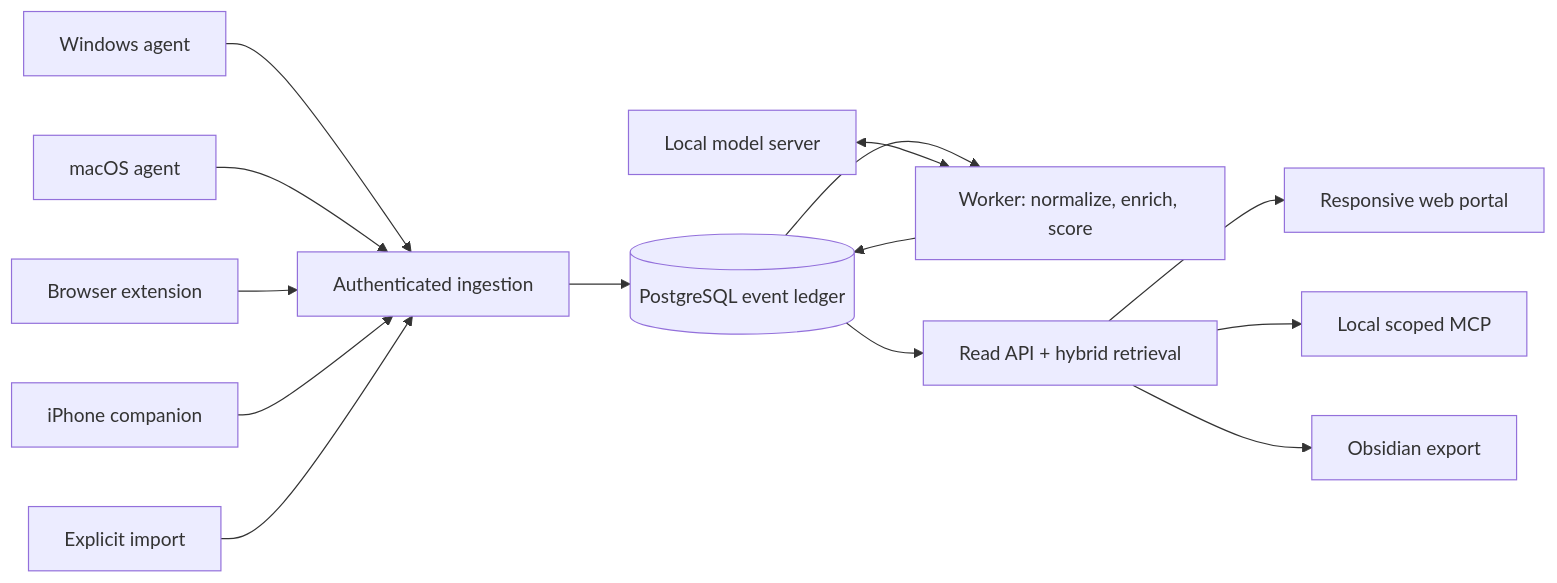
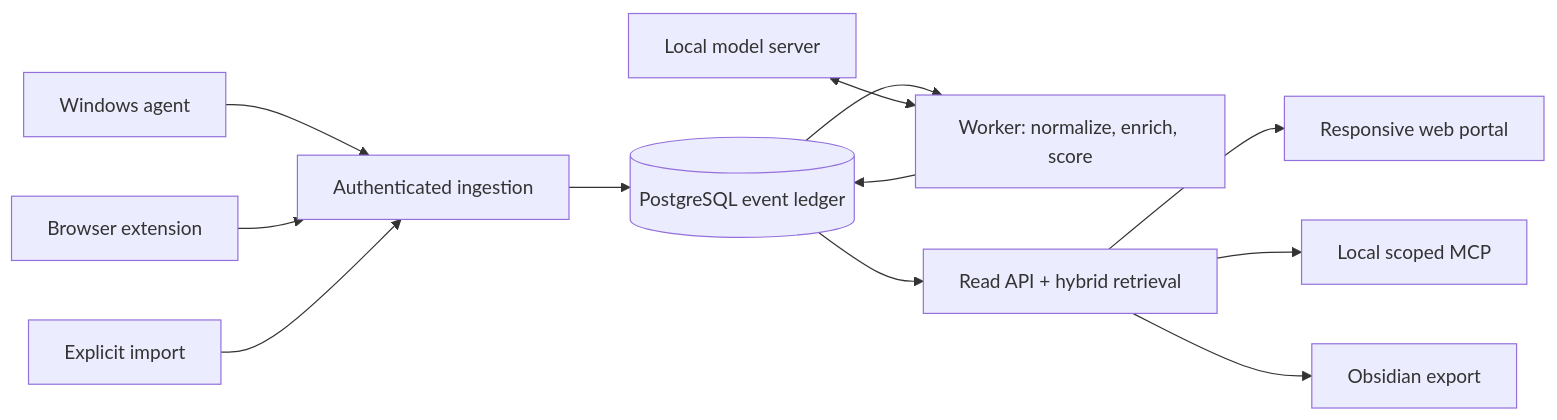
The diagram in docs/SPEC.md (Egkurilov/PersonalContext), drawn with Mermaid before and after one commit. The commit also changed other lines of this file and 5 other files, not shown here.

Commit message:
docs: exclude Apple-specific collectors and publish issue roadmap v1.1

````diff
--- a/docs/SPEC.md
+++ b/docs/SPEC.md
@@ -46,16 +46,14 @@
 ```mermaid
 flowchart LR
   W[Windows agent] --> G[Authenticated ingestion]
-  M[macOS agent] --> G
   B[Browser extension] --> G
-  I[iPhone companion] --> G
   E[Explicit import] --> G
   G --> P[(PostgreSQL event ledger)]
   P --> J[Worker: normalize, enrich, score]
   J --> P
   L[Local model server] <--> J
   P --> A[Read API + hybrid retrieval]
   A --> U[Responsive web portal]
   A --> C[Local scoped MCP]
   A --> O[Obsidian export]
 ```
````
